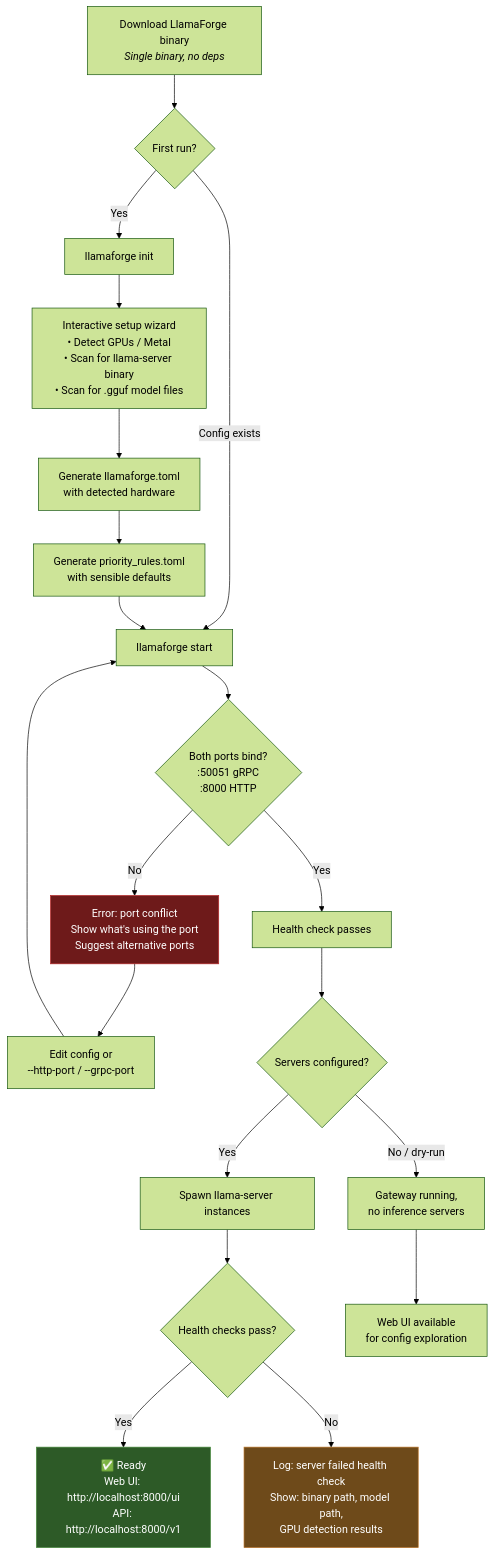
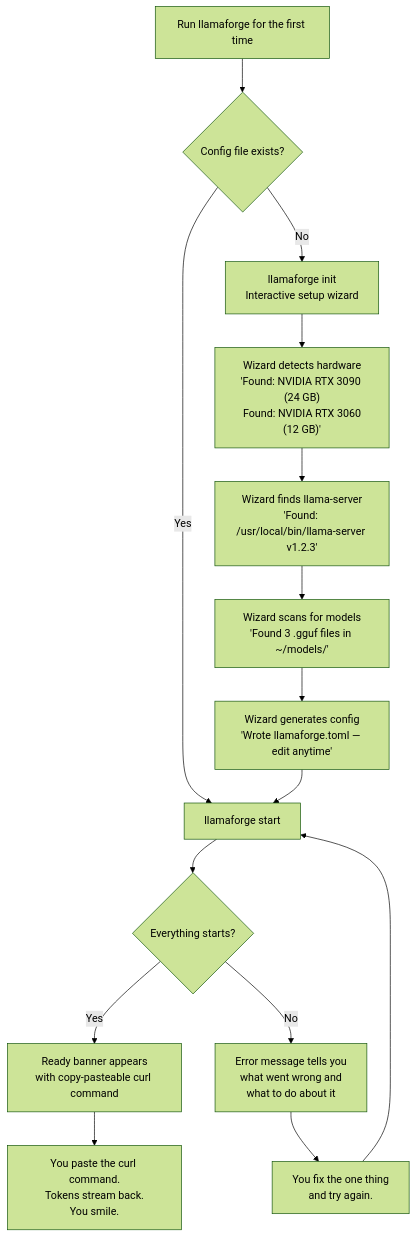
The third of 16 diagrams in docs/USER_JOURNEYS.md (Doom325/llama-forge), drawn with Mermaid (forest theme) before and after one commit. The commit also changed other lines of this file, not shown here.

````diff
--- a/docs/USER_JOURNEYS.md
+++ b/docs/USER_JOURNEYS.md
@@ -150,31 +156,22 @@
 ```mermaid
 flowchart TD
-    A["Download LlamaForge binary<br/><i>Single binary, no deps</i>"] --> B{"First run?"}
-    B -->|"Yes"| C["llamaforge init"]
-    B -->|"Config exists"| G
+    A["Run llamaforge for the first time"] --> B{"Config file exists?"}
 
-    C --> D["Interactive setup wizard<br/>• Detect GPUs / Metal<br/>• Scan for llama-server binary<br/>• Scan for .gguf model files"]
-    D --> E["Generate llamaforge.toml<br/>with detected hardware"]
-    E --> F["Generate priority_rules.toml<br/>with sensible defaults"]
-    F --> G["llamaforge start"]
+    B -->|"No"| C["llamaforge init<br/>Interactive setup wizard"]
+    B -->|"Yes"| H
 
-    G --> H{"Both ports bind?<br/>:50051 gRPC<br/>:8000 HTTP"}
-    H -->|"No"| I["Error: port conflict<br/>Show what's using the port<br/>Suggest alternative ports"]
-    I --> J["Edit config or<br/>--http-port / --grpc-port"]
-    J --> G
+    C --> D["Wizard detects hardware<br/>'Found: NVIDIA RTX 3090 (24 GB)<br/> Found: NVIDIA RTX 3060 (12 GB)'"]
+    D --> E["Wizard finds llama-server<br/>'Found: /usr/local/bin/llama-server v1.2.3'"]
+    E --> F["Wizard scans for models<br/>'Found 3 .gguf files in ~/models/'"]
+    F --> G["Wizard generates config<br/>'Wrote llamaforge.toml — edit anytime'"]
+    G --> H["llamaforge start"]
 
-    H -->|"Yes"| K["Health check passes"]
-    K --> L{"Servers configured?"}
-    L -->|"Yes"| M["Spawn llama-server instances"]
-    L -->|"No / dry-run"| N["Gateway running,<br/>no inference servers"]
+    H --> I{"Everything starts?"}
+    I -->|"Yes"| J["Ready banner appears<br/>with copy-pasteable curl command"]
+    I -->|"No"| K["Error message tells you<br/>what went wrong and<br/>what to do about it"]
 
-    M --> O{"Health checks pass?"}
-    O -->|"Yes"| P["✅ Ready<br/>Web UI: http://localhost:8000/ui<br/>API: http://localhost:8000/v1"]
-    O -->|"No"| Q["Log: server failed health check<br/>Show: binary path, model path,<br/>GPU detection results"]
+    J --> L["You paste the curl command.<br/>Tokens stream back.<br/>You smile."]
 
-    N --> R["Web UI available<br/>for config exploration"]
-
-    style P fill:#2d5a27,stroke:#4a8c3f,color:#fff
-    style I fill:#6e1a1a,stroke:#b92929,color:#fff
-    style Q fill:#6e4a1a,stroke:#b97329,color:#fff
+    K --> M["You fix the one thing<br/>and try again."]
+    M --> H
 ```
````
